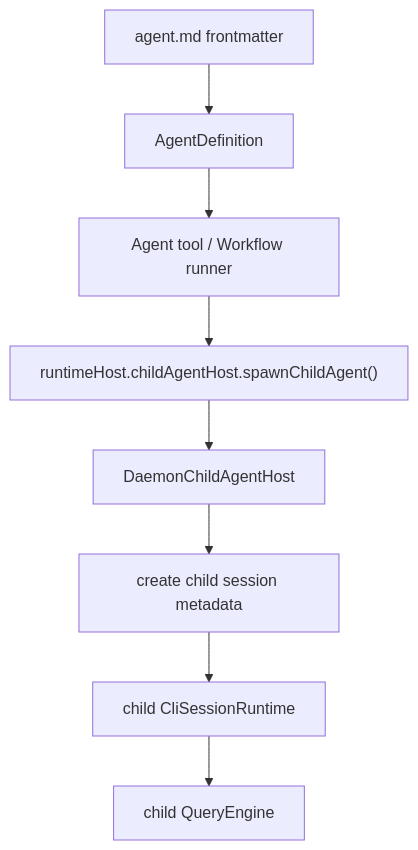
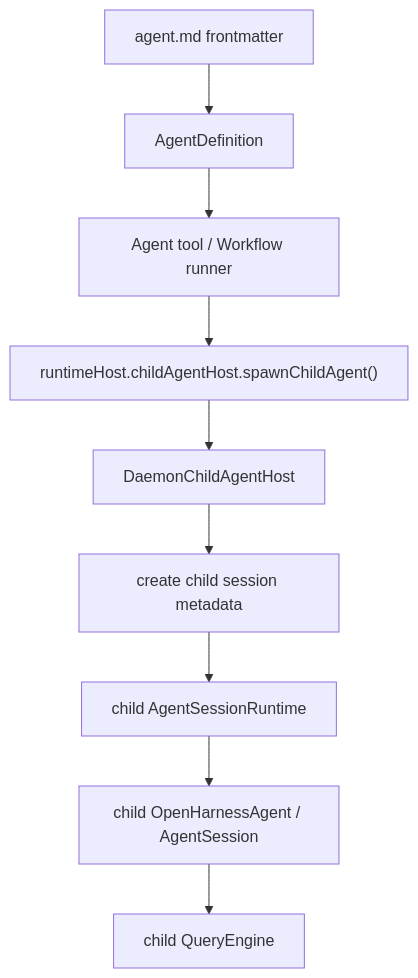
Before and after one commit to rzx007/openharness-ts: the diagram in docs/coordinator-agents-design.md, drawn with Mermaid. The commit also changed 13 other files, not shown here.

Commit message:
docs(agent-runtime): document framework and hosted flows

````diff
--- a/docs/coordinator-agents-design.md
+++ b/docs/coordinator-agents-design.md
@@ -59,10 +59,11 @@
 ```mermaid
 flowchart TD
   md["agent.md frontmatter"] --> def["AgentDefinition"]
   def --> agentTool["Agent tool / Workflow runner"]
   agentTool --> host["runtimeHost.childAgentHost.spawnChildAgent()"]
   host --> daemon["DaemonChildAgentHost"]
   daemon --> child["create child session metadata"]
-  child --> runtime["child CliSessionRuntime"]
-  runtime --> qe["child QueryEngine"]
+  child --> runtime["child AgentSessionRuntime"]
+  runtime --> agent["child OpenHarnessAgent / AgentSession"]
+  agent --> qe["child QueryEngine"]
 ```
````
